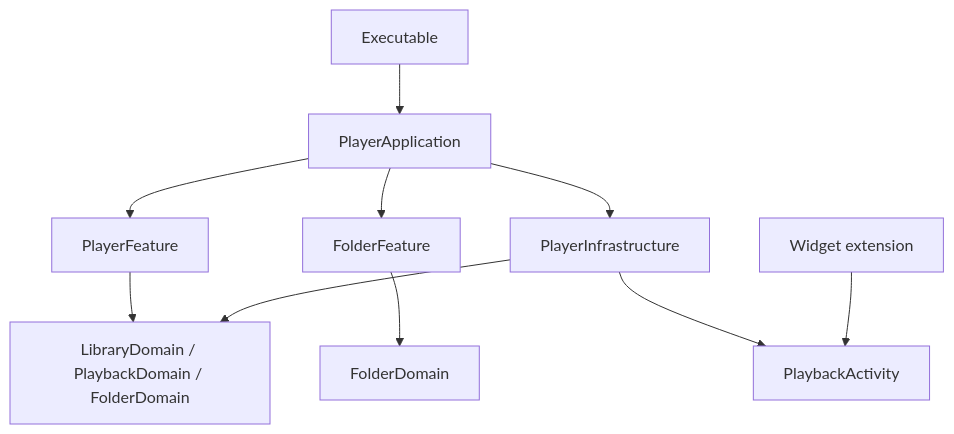
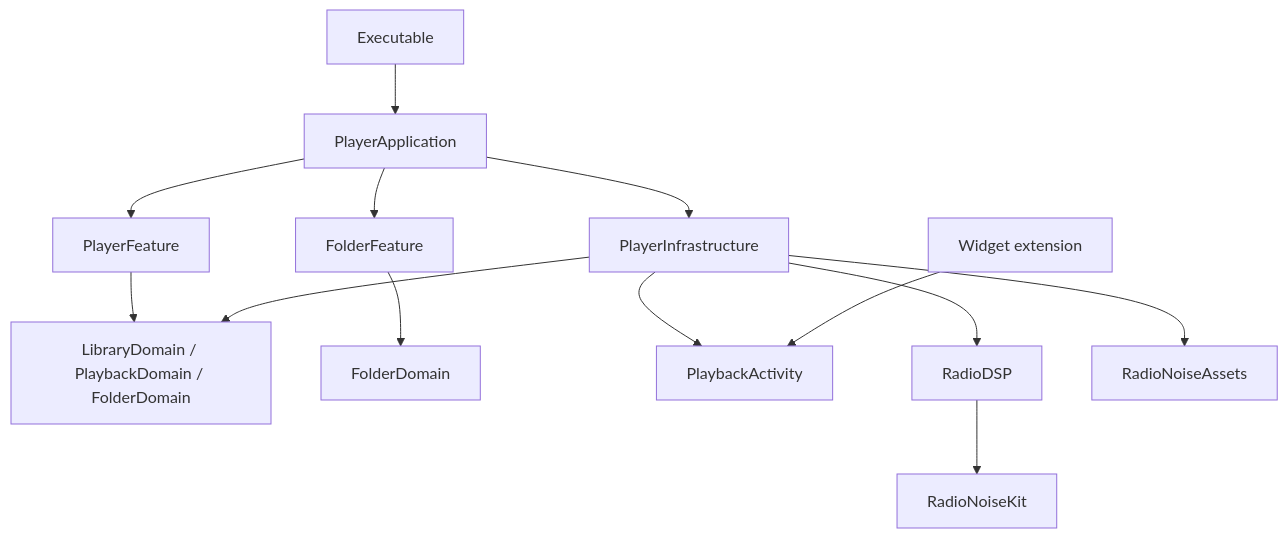
One commit to andrey-torlopov/ATPlayer changed the diagram in docs/en/development.md. Above: the diagram before and after it, drawn with Mermaid. The commit also changed other lines of this file and 16 other files, not shown here.

````diff
--- a/docs/en/development.md
+++ b/docs/en/development.md
@@ -52,12 +55,15 @@
 ```mermaid
 flowchart TD
     App[Executable] --> Application[PlayerApplication]
     Application --> Player[PlayerFeature]
     Application --> Folders[FolderFeature]
     Application --> Infra[PlayerInfrastructure]
     Player --> Domains[LibraryDomain / PlaybackDomain / FolderDomain]
     Folders --> FolderDomain
     Infra --> Domains
     Infra --> Activity[PlaybackActivity]
+    Infra --> DSP[RadioDSP]
+    DSP --> Noise[RadioNoiseKit]
+    Infra --> Assets[RadioNoiseAssets]
     Extension[Widget extension] --> Activity
 ```
````
